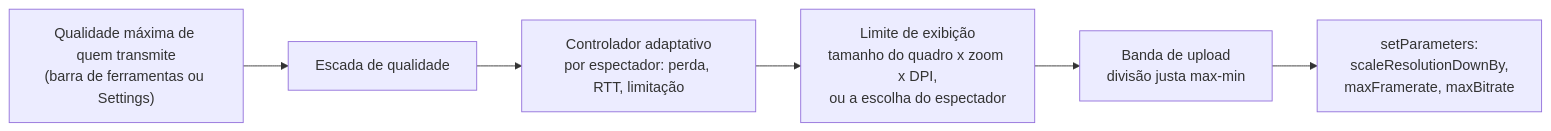
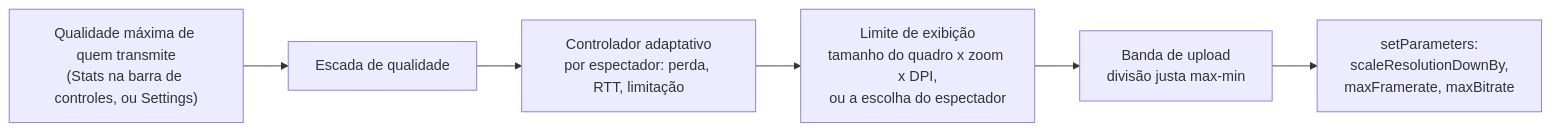
The third of 6 diagrams in docs/pt-BR/media-pipeline.md (nsfxu/lan-screenshare), drawn with Mermaid before and after one commit. The commit also changed other lines of this file and 23 other files, not shown here.

````diff
--- a/docs/pt-BR/media-pipeline.md
+++ b/docs/pt-BR/media-pipeline.md
@@ -107,8 +107,8 @@
 ```mermaid
 flowchart LR
-  A["Qualidade máxima de quem transmite<br/>(barra de ferramentas ou Settings)"] --> L["Escada de qualidade"]
+  A["Qualidade máxima de quem transmite<br/>(Stats na barra de controles, ou Settings)"] --> L["Escada de qualidade"]
   L --> B["Controlador adaptativo<br/>por espectador: perda, RTT, limitação"]
   B --> C["Limite de exibição<br/>tamanho do quadro x zoom x DPI,<br/>ou a escolha do espectador"]
   C --> D["Banda de upload<br/>divisão justa max-min"]
   D --> E["setParameters:<br/>scaleResolutionDownBy,<br/>maxFramerate, maxBitrate"]
 ```
````
